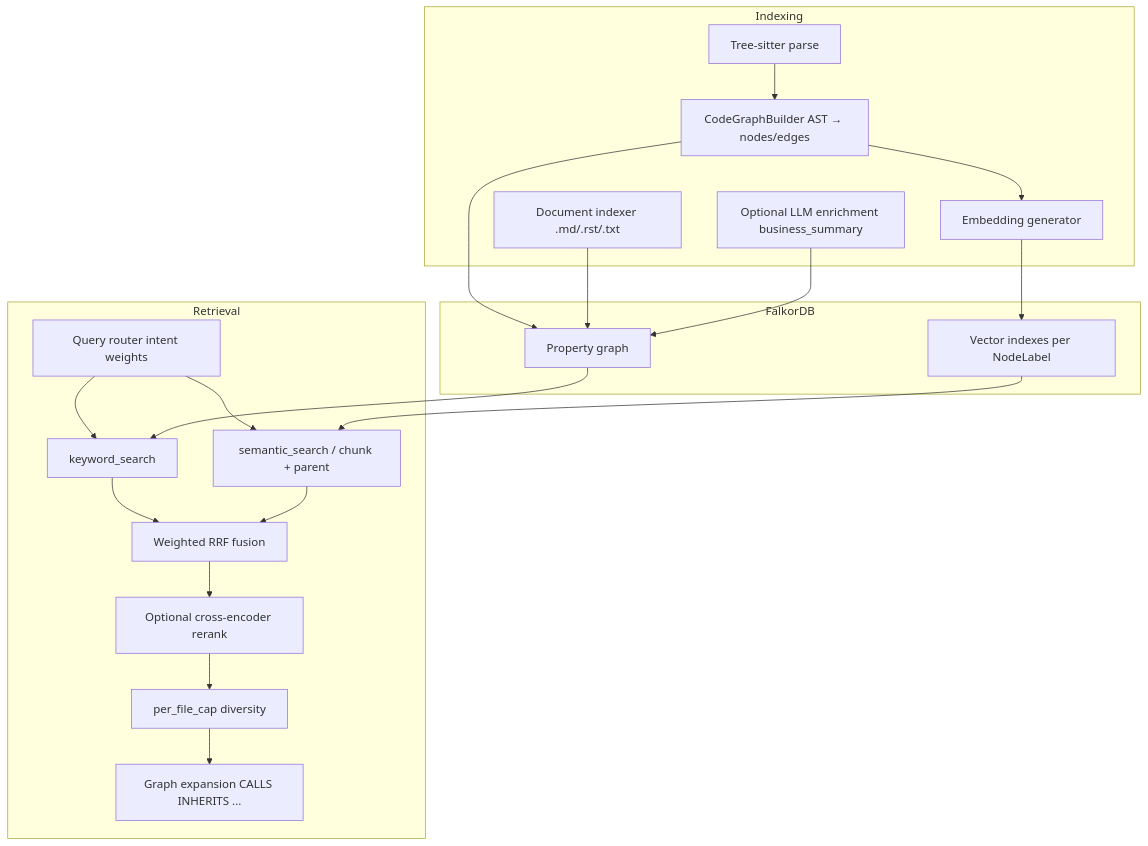
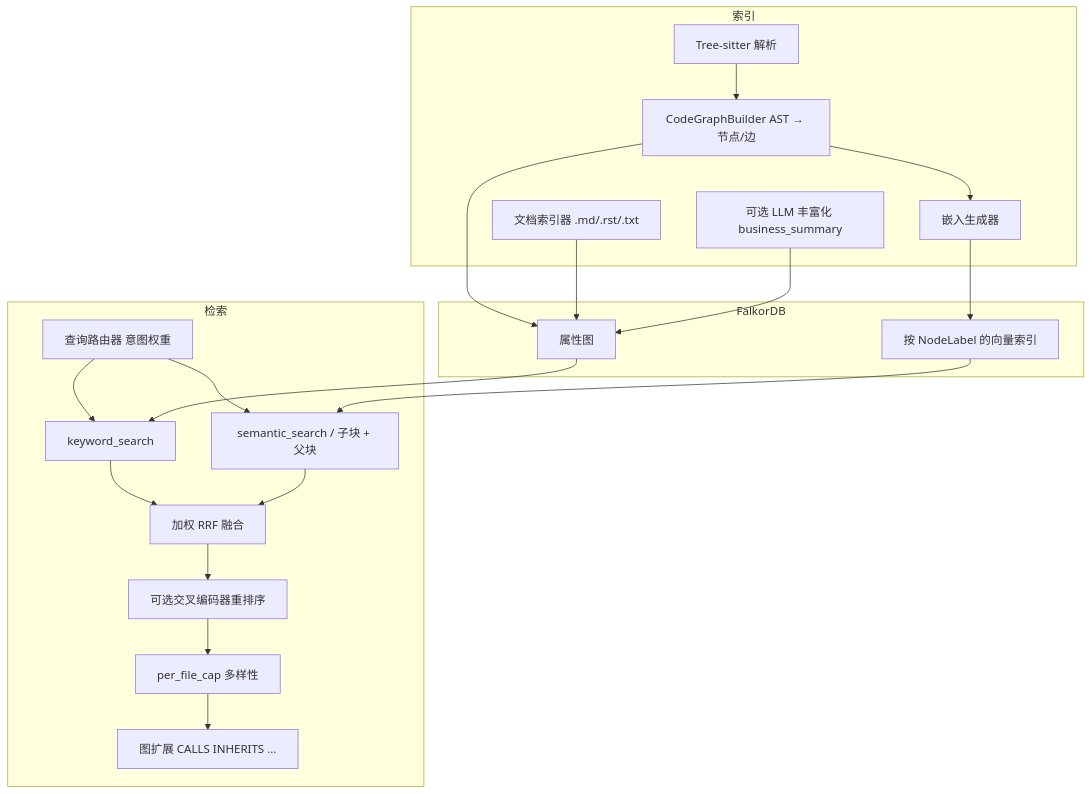
Before and after one commit to EarthChen/knowledge-base-service: the diagram in docs/ARCHITECTURE.md, drawn with Mermaid. The commit also changed other lines of this file and 7 other files, not shown here.

````diff
--- a/docs/ARCHITECTURE.md
+++ b/docs/ARCHITECTURE.md
@@ -5,37 +5,37 @@
 ```mermaid
 flowchart TB
-  subgraph ingest [Indexing]
-    TS[Tree-sitter parse]
-    CGB[CodeGraphBuilder AST → nodes/edges]
-    DOC[Document indexer .md/.rst/.txt]
-    EMB[Embedding generator]
-    ENR[Optional LLM enrichment business_summary]
+  subgraph ingest [索引]
+    TS[Tree-sitter 解析]
+    CGB[CodeGraphBuilder AST → 节点/边]
+    DOC[文档索引器 .md/.rst/.txt]
+    EMB[嵌入生成器]
+    ENR[可选 LLM 丰富化 business_summary]
   end
 
   subgraph store [FalkorDB]
-    G[Property graph]
-    V[Vector indexes per NodeLabel]
+    G[属性图]
+    V[按 NodeLabel 的向量索引]
   end
 
-  subgraph retrieve [Retrieval]
-    QR[Query router intent weights]
+  subgraph retrieve [检索]
+    QR[查询路由器 意图权重]
     KW[keyword_search]
-    SEM[semantic_search / chunk + parent]
-    RRF[Weighted RRF fusion]
-    RR[Optional cross-encoder rerank]
-    CAP[per_file_cap diversity]
-    EXP[Graph expansion CALLS INHERITS ...]
+    SEM[semantic_search / 子块 + 父块]
+    RRF[加权 RRF 融合]
+    RR[可选交叉编码器重排序]
+    CAP[per_file_cap 多样性]
+    EXP[图扩展 CALLS INHERITS ...]
   end
 
   TS --> CGB --> G
   DOC --> G
   CGB --> EMB --> V
   ENR --> G
   KW --> RRF
   SEM --> RRF
   QR --> KW
   QR --> SEM
   RRF --> RR --> CAP --> EXP
   G --> KW
   V --> SEM
 ```
````
